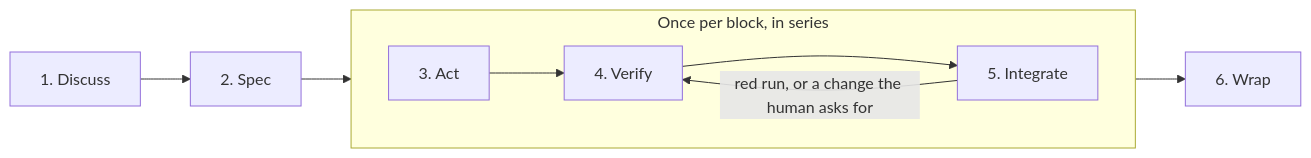
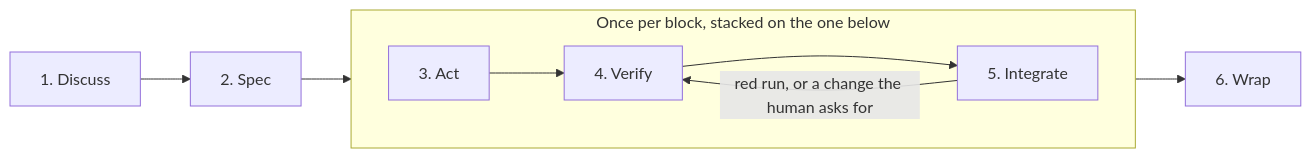
Before and after one commit to GeoffreyCoulaud/pinry-reborn: the diagram in agents/workflow.md, drawn with Mermaid. The commit also changed other lines of this file and 7 other files, not shown here.

````diff
--- a/agents/workflow.md
+++ b/agents/workflow.md
@@ -64,9 +64,9 @@
 ```mermaid
 flowchart LR
-    subgraph block [Once per block, in series]
+    subgraph block [Once per block, stacked on the one below]
         direction LR
         act[3. Act] --> verify[4. Verify] --> integrate[5. Integrate]
         integrate -- "red run, or a change the human asks for" --> verify
     end
     discuss[1. Discuss] --> spec[2. Spec] --> block --> wrap[6. Wrap]
 ```
````
